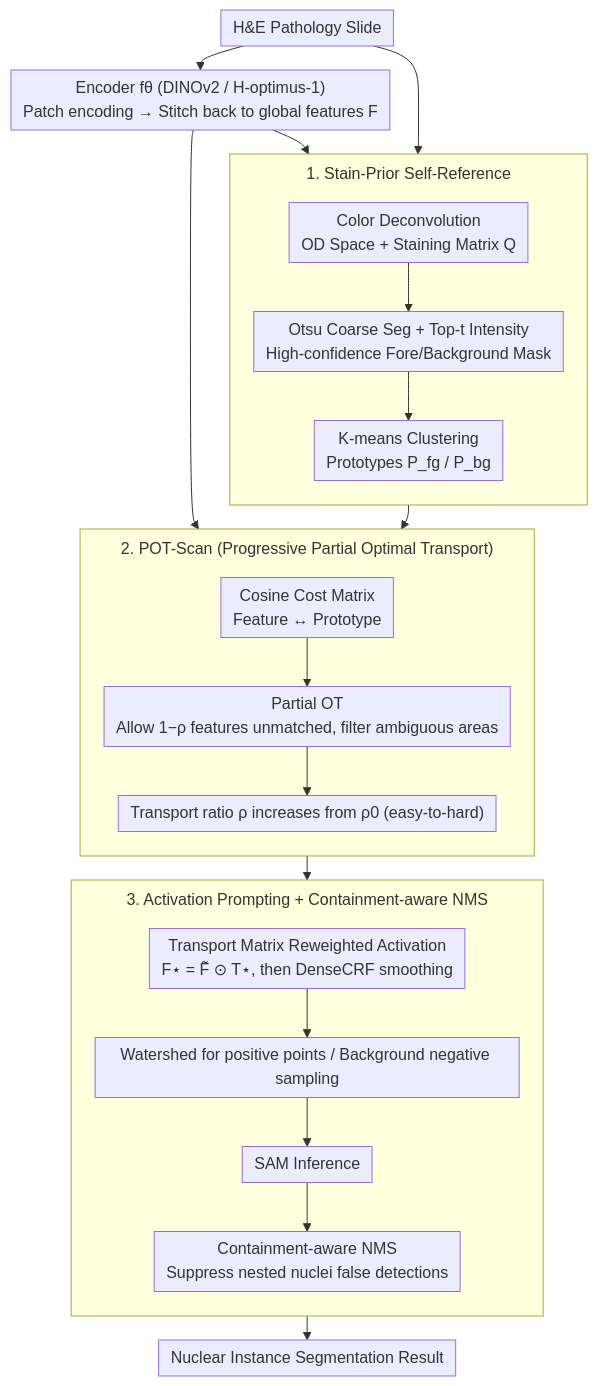
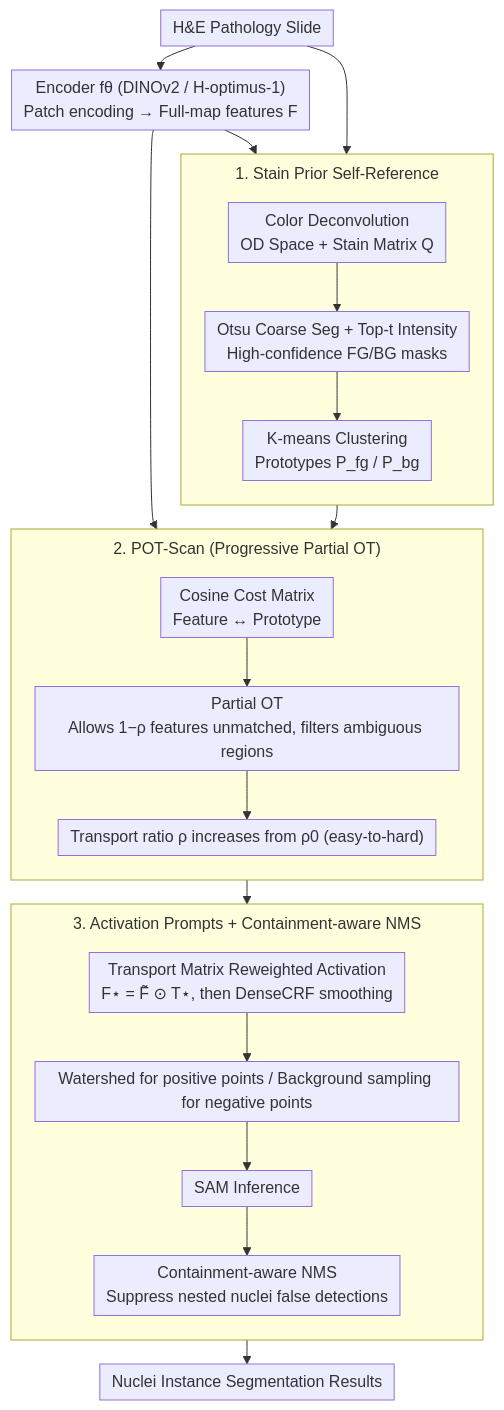
One commit to zhaoyang97/Paper-Notes-en changed the diagram in docs/ICML2026/segmentation/supervise_less_see_more_training-free_nuclear_instance_segmentation_with_prototy.md. Above: the diagram before and after it, drawn with Mermaid. The commit also changed other lines of this file and 5084 other files, not shown here.

````diff
--- a/docs/ICML2026/segmentation/supervise_less_see_more_training-free_nuclear_instance_segmentation_with_prototy.md
+++ b/docs/ICML2026/segmentation/supervise_less_see_more_training-free_nuclear_instance_segmentation_with_prototy.md
@@ -43,30 +43,30 @@
 ```mermaid
 %%{init: {'flowchart': {'rankSpacing': 24, 'nodeSpacing': 28, 'padding': 6, 'wrappingWidth': 400, 'subGraphTitleMargin': {'top': 8, 'bottom': 16}}}}%%
 flowchart TD
-    A["H&E Pathology Slide"] --> ENC["Encoder fθ (DINOv2 / H-optimus-1)<br/>Patch encoding → Stitch back to global features F"]
-    subgraph D1["1. Stain-Prior Self-Reference"]
+    A["H&E Pathology Slide"] --> ENC["Encoder fθ (DINOv2 / H-optimus-1)<br/>Patch encoding → Full-map features F"]
+    subgraph D1["1. Stain Prior Self-Reference"]
         direction TB
-        B1["Color Deconvolution<br/>OD Space + Staining Matrix Q"]
-        B1 --> B2["Otsu Coarse Seg + Top-t Intensity<br/>High-confidence Fore/Background Mask"]
+        B1["Color Deconvolution<br/>OD Space + Stain Matrix Q"]
+        B1 --> B2["Otsu Coarse Seg + Top-t Intensity<br/>High-confidence FG/BG masks"]
         B2 --> B3["K-means Clustering<br/>Prototypes P_fg / P_bg"]
     end
     A --> B1
     ENC --> B3
-    subgraph D2["2. POT-Scan (Progressive Partial Optimal Transport)"]
+    subgraph D2["2. POT-Scan (Progressive Partial OT)"]
         direction TB
         C1["Cosine Cost Matrix<br/>Feature ↔ Prototype"]
-        C1 --> C2["Partial OT<br/>Allow 1−ρ features unmatched, filter ambiguous areas"]
+        C1 --> C2["Partial OT<br/>Allows 1−ρ features unmatched, filters ambiguous regions"]
         C2 --> C3["Transport ratio ρ increases from ρ0 (easy-to-hard)"]
     end
     ENC --> C1
     B3 --> C1
-    subgraph D3["3. Activation Prompting + Containment-aware NMS"]
+    subgraph D3["3. Activation Prompts + Containment-aware NMS"]
         direction TB
         E1["Transport Matrix Reweighted Activation<br/>F⋆ = F̃ ⊙ T⋆, then DenseCRF smoothing"]
-        E1 --> E2["Watershed for positive points / Background negative sampling"]
+        E1 --> E2["Watershed for positive points / Background sampling for negative points"]
         E2 --> E3["SAM Inference"]
         E3 --> E4["Containment-aware NMS<br/>Suppress nested nuclei false detections"]
     end
     C3 --> E1
-    E4 --> H["Nuclear Instance Segmentation Result"]
+    E4 --> H["Nuclei Instance Segmentation Results"]
 ```
````
